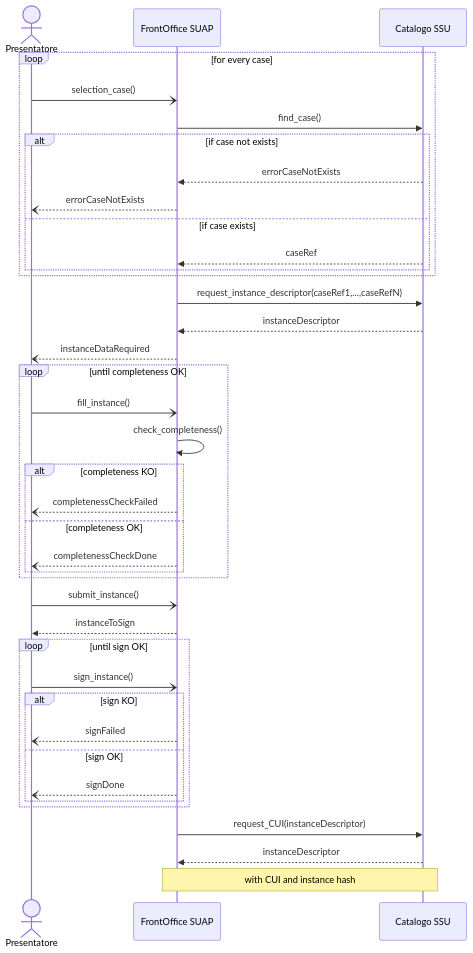
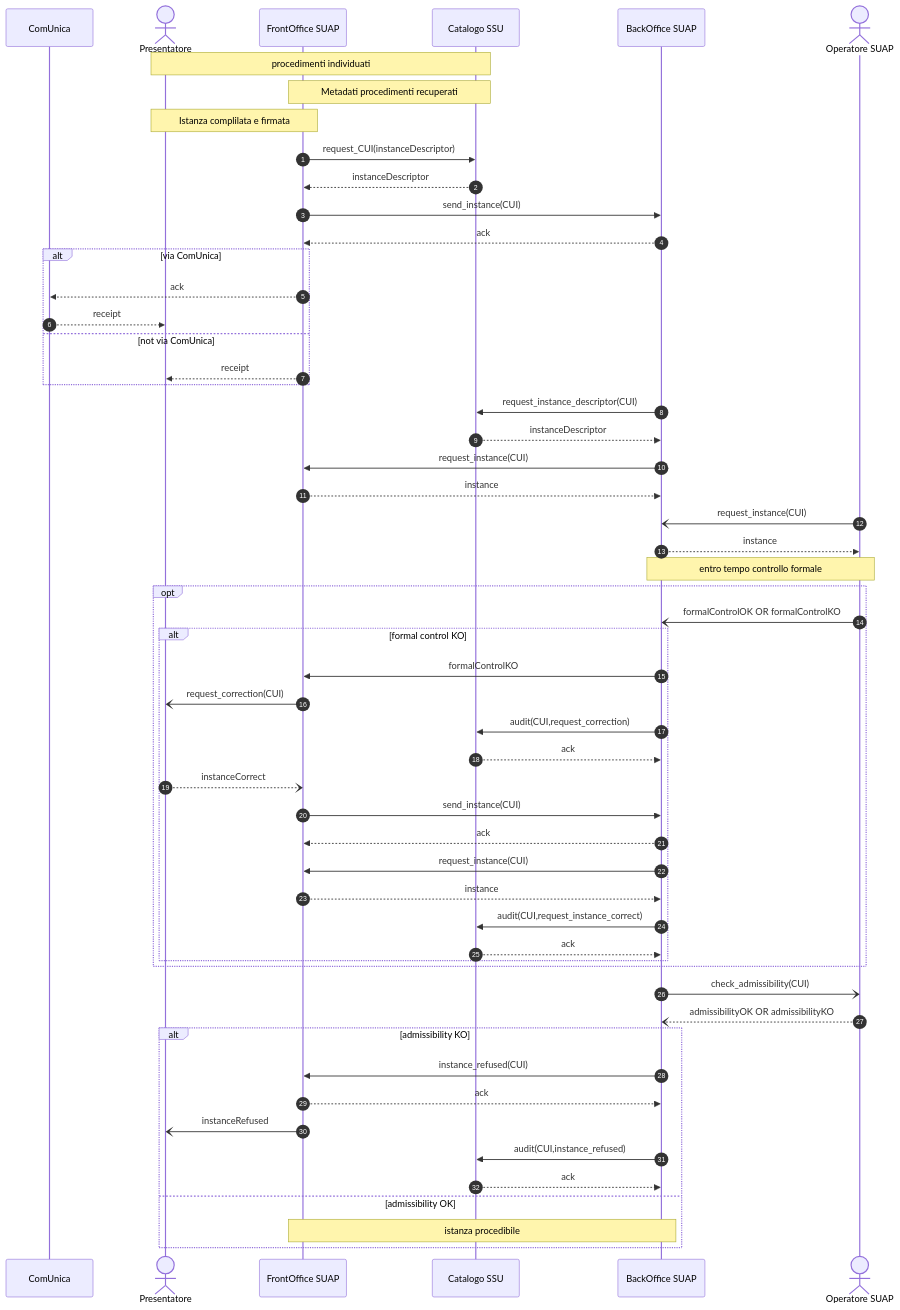
The diagram in to_interoperabilita/sequence-diagram/General-001.mermaid (AgID/suap-gt-specifiche), drawn with Mermaid before and after one commit. The commit also changed 1 other file, not shown here.

Commit message:
merge General 001-002, add case receipt via ComUnica and formalControl response optionality

```diff
--- a/to_interoperabilita/sequence-diagram/General-001.mermaid
+++ b/to_interoperabilita/sequence-diagram/General-001.mermaid
@@ -1,46 +1,65 @@
 sequenceDiagram
-actor P as Presentatore
-participant F as FrontOffice SUAP
-participant C as Catalogo SSU   
+    autonumber
+    
+    participant CU as ComUnica
+    actor P as Presentatore    
+    participant F as FrontOffice SUAP
+    participant C as Catalogo SSU    
+    participant B as BackOffice SUAP    
+    actor O as Operatore SUAP    
+   
+    note over P,C: procedimenti individuati
+    note over F,C: Metadati procedimenti recuperati
+    note over P,F: Istanza complilata e firmata
 
-    loop for every case
-     
-        P -) F: selection_case()     
-        F ->> C: find_case()
-        alt if case not exists
-            C -->> F: errorCaseNotExists
-            F --) P: errorCaseNotExists
-        else if case exists
-            C -->> F: caseRef
-            
-                         
+    F ->> C: request_CUI(instanceDescriptor)
+    C -->> F: instanceDescriptor
+
+    F ->> B: send_instance(CUI)
+    B -->> F: ack
+    alt via ComUnica
+        F -->> CU: ack
+        CU -->> P: receipt
+    else not via ComUnica
+        F -->> P: receipt
+    end
+    B ->> C: request_instance_descriptor(CUI)
+    C -->> B: instanceDescriptor
+    B ->> F: request_instance(CUI)
+    F -->> B: instance
+
+    O -) B: request_instance(CUI)
+    B -->> O: instance
+    Note over B,O: entro tempo controllo formale
+    
+    opt
+        O -) B: formalControlOK OR formalControlKO
+        alt formal control KO
+            B ->> F: formalControlKO
+            F -) P: request_correction(CUI)
+            B ->> C: audit(CUI,request_correction)
+            C -->> B: ack
+            P --) F: instanceCorrect
+            F ->> B: send_instance(CUI)
+            B -->> F: ack
+            B ->> F: request_instance(CUI)
+            F -->> B: instance
+            B ->> C: audit(CUI,request_instance_correct)
+            C -->> B: ack            
         end
     end
-    F ->> C: request_instance_descriptor(caseRef1,...,caseRefN) 
-    C -->> F: instanceDescriptor
-    F --) P: instanceDataRequired
-  
-    loop  until completeness OK
-        P -) F:  fill_instance()
 
-        F ->> F: check_completeness()
-        alt completeness KO
-            F --) P: completenessCheckFailed
-        else completeness OK
-            F --) P: completenessCheckDone
-        end
-    end
-    P -) F:  submit_instance()
-    F -->> P: instanceToSign
-    loop  until sign OK
-         P -) F:  sign_instance()
-         alt sign KO
-            F --) P: signFailed
-        else sign OK
-            F --) P: signDone
-        end
-    end
+    B -) O: check_admissibility(CUI)
+    O --) B: admissibilityOK OR admissibilityKO
     
-    F ->> C: request_CUI(instanceDescriptor)
-    C -->> F: instanceDescriptor
-    note over F,C: with CUI and instance hash
+    alt admissibility KO
+        B ->> F: instance_refused(CUI)
+        F -->> B: ack
+        F -) P: instanceRefused            
+        B ->> C: audit(CUI,instance_refused)
+        C -->> B: ack                        
+    else admissibility OK
+        
+        Note over B,F: istanza procedibile
+       
+end
```
